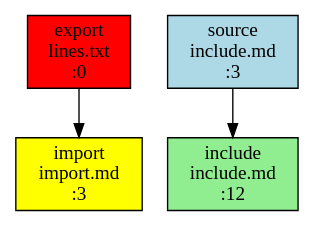
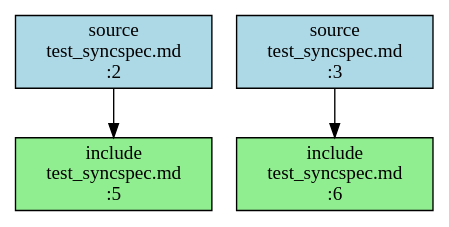
One commit to kimjarvis/syncspec changed the diagram in graph.dot. Above: the diagram before and after it, drawn with Graphviz. The commit also changed 2 other files, not shown here.

```diff
--- a/graph.dot
+++ b/graph.dot
@@ -1,8 +1,8 @@
 strict digraph {
-"export_lines.txt_0" [key="lines.txt", directive_type=export, label="export\nlines.txt\n:0", shape=rectangle, style=filled, fillcolor=red];
-"import_import.md_3" [key="lines.txt", directive_type=import, label="import\nimport.md\n:3", shape=rectangle, style=filled, fillcolor=yellow];
-"source_include.md_3" [key="lines.txt", directive_type=source, label="source\ninclude.md\n:3", shape=rectangle, style=filled, fillcolor=lightblue];
-"include_include.md_12" [key="lines.txt", directive_type=include, label="include\ninclude.md\n:12", shape=rectangle, style=filled, fillcolor=lightgreen];
-"export_lines.txt_0" -> "import_import.md_3";
-"source_include.md_3" -> "include_include.md_12";
+"source_test_syncspec.md_2" [key=a, directive_type=source, label="source\ntest_syncspec.md\n:2", shape=rectangle, style=filled, fillcolor=lightblue];
+"source_test_syncspec.md_3" [key=b, directive_type=source, label="source\ntest_syncspec.md\n:3", shape=rectangle, style=filled, fillcolor=lightblue];
+"include_test_syncspec.md_5" [key=a, directive_type=include, label="include\ntest_syncspec.md\n:5", shape=rectangle, style=filled, fillcolor=lightgreen];
+"include_test_syncspec.md_6" [key=b, directive_type=include, label="include\ntest_syncspec.md\n:6", shape=rectangle, style=filled, fillcolor=lightgreen];
+"source_test_syncspec.md_2" -> "include_test_syncspec.md_5";
+"source_test_syncspec.md_3" -> "include_test_syncspec.md_6";
 }
```
